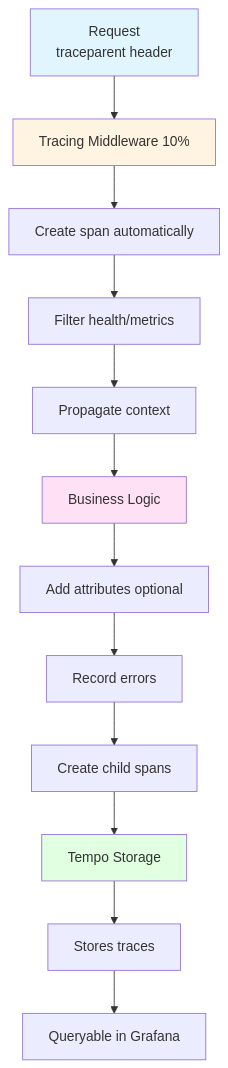
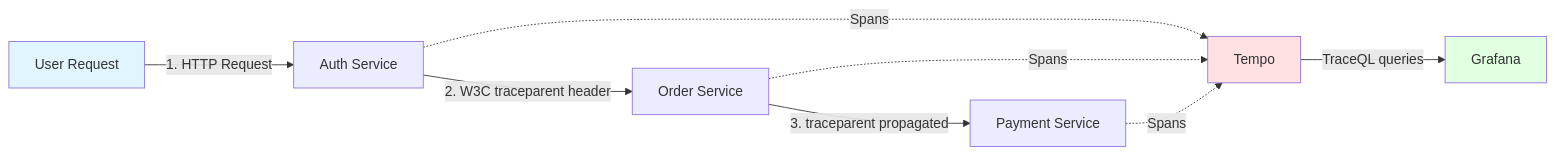
One commit to duynhlab/homelab changed the diagram in docs/apm/TRACING.md. Above: the diagram before and after it, drawn with Mermaid. The commit also changed other lines of this file, not shown here.

````diff
--- a/docs/apm/TRACING.md
+++ b/docs/apm/TRACING.md
@@ -53,24 +77,16 @@
 ```mermaid
-flowchart TD
-    A[Request<br/>traceparent header] --> B[Tracing Middleware 10%]
+flowchart LR
+    A[User Request] -->|1. HTTP Request| B[Auth Service]
+    B -->|2. W3C traceparent header| C[Order Service]
+    C -->|3. traceparent propagated| D[Payment Service]
     
-    B --> B1[Create span automatically]
-    B1 --> B2[Filter health/metrics]
-    B2 --> B3[Propagate context]
+    B -.->|Spans| E[Tempo]
+    C -.->|Spans| E
+    D -.->|Spans| E
     
-    B3 --> C[Business Logic]
-    
-    C --> C1[Add attributes optional]
-    C1 --> C2[Record errors]
-    C2 --> C3[Create child spans]
-    
-    C3 --> D[Tempo Storage]
-    
-    D --> D1[Stores traces]
-    D1 --> D2[Queryable in Grafana]
+    E -->|TraceQL queries| F[Grafana]
     
     style A fill:#e1f5ff
-    style B fill:#fff4e1
-    style C fill:#ffe1f5
-    style D fill:#e1ffe1
+    style E fill:#ffe1e1
+    style F fill:#e1ffe1
 ```
````
